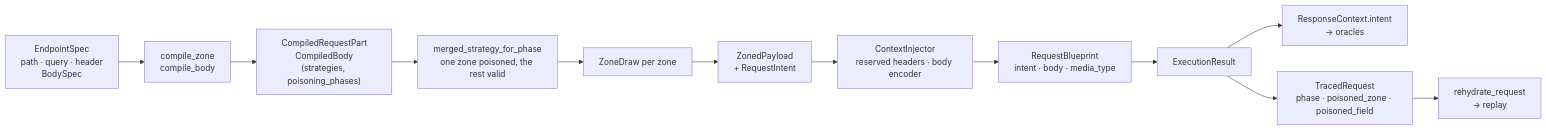
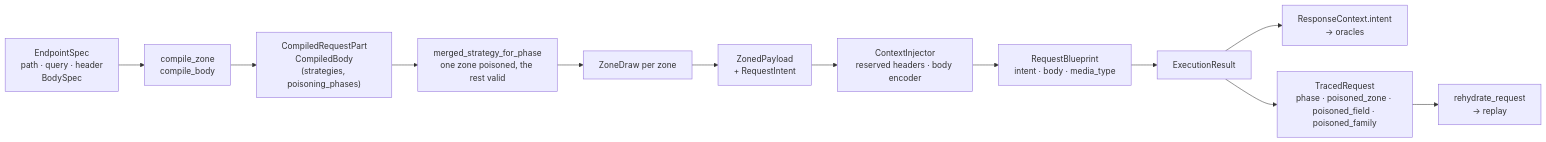
The diagram in docs/modules/specforge-engine/requests.md (Spec-Forge-Testing/specforge-docs), drawn with Mermaid before and after one commit. The commit also changed other lines of this file and 19 other files, not shown here.

````diff
--- a/docs/modules/specforge-engine/requests.md
+++ b/docs/modules/specforge-engine/requests.md
@@ -12,14 +12,14 @@
 ```mermaid
 graph LR
     spec["EndpointSpec<br/>path · query · header<br/>BodySpec"] --> zone["compile_zone<br/>compile_body"]
     zone --> part["CompiledRequestPart<br/>CompiledBody<br/>(strategies, poisoning_phases)"]
     part --> merged["merged_strategy_for_phase<br/>one zone poisoned, the rest valid"]
     merged --> draw["ZoneDraw per zone"]
     draw --> payload["ZonedPayload<br/>+ RequestIntent"]
     payload --> inj["ContextInjector<br/>reserved headers · body encoder"]
     inj --> bp["RequestBlueprint<br/>intent · body · media_type"]
     bp --> res["ExecutionResult"]
     res --> ora["ResponseContext.intent<br/>→ oracles"]
-    res --> tr["TracedRequest<br/>phase · poisoned_zone · poisoned_field"]
+    res --> tr["TracedRequest<br/>phase · poisoned_zone · poisoned_field · poisoned_family"]
     tr --> rh["rehydrate_request<br/>→ replay"]
 ```
````
